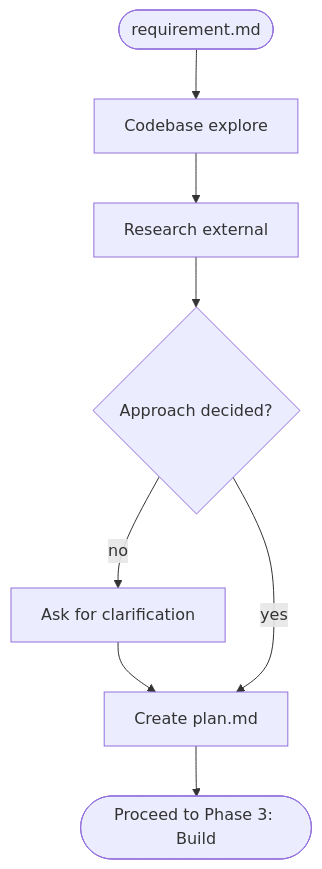
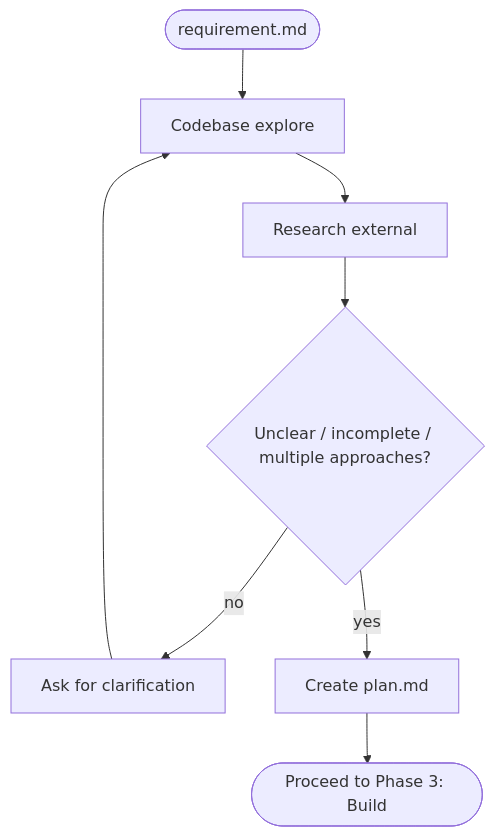
One commit to itsnamor/flower changed the diagram in core/skills/flower/references/plan.md. Above: the diagram before and after it, drawn with Mermaid. The commit also changed other lines of this file and 4 other files, not shown here.

````diff
--- a/core/skills/flower/references/plan.md
+++ b/core/skills/flower/references/plan.md
@@ -7,10 +9,10 @@
 ```mermaid
 flowchart TD
     Start([requirement.md]) --> P1[Codebase explore]
     P1 --> P2[Research external]
-    P2 --> C1{Approach decided?}
+    P2 --> C1{Unclear / incomplete / multiple approaches?}
     C1 -- no --> P3[Ask for clarification]
-    P3 --> P4[Create plan.md]
-    C1 -- yes --> P4
+    P3 --> P1
+    C1 -- yes --> P4[Create plan.md]
     P4 --> End([Proceed to Phase 3: Build])
 ```
````
